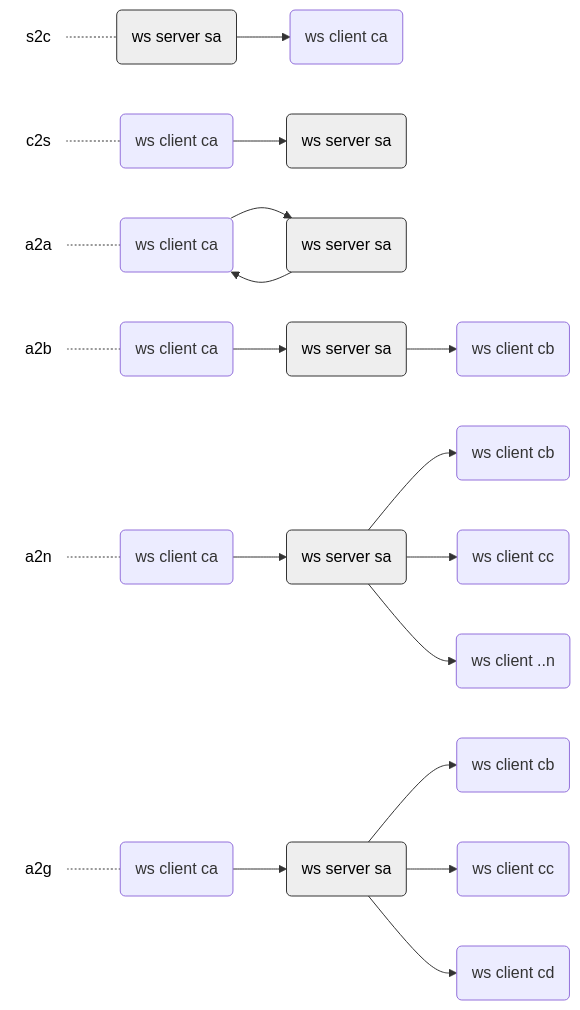
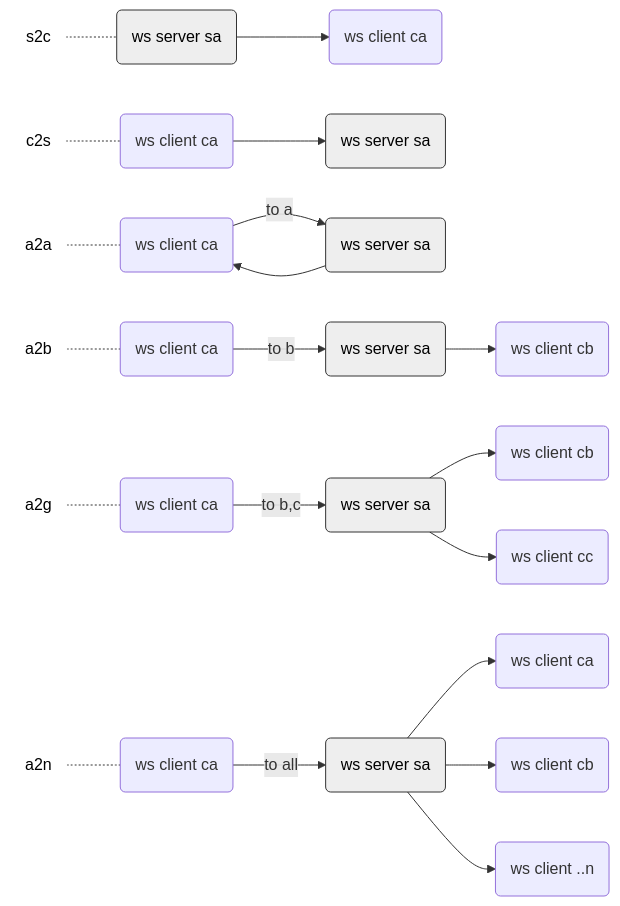
The second of 7 diagrams in README.md (toshirot/w2w), drawn with Mermaid before and after one commit. The commit also changed other lines of this file, not shown here.

````diff
--- a/README.md
+++ b/README.md
@@ -119,61 +119,62 @@
 ```mermaid
 flowchart LR
 
     %%single_type1
         text_s2c(s2c):::class_text_min
         single_type1c(ws client ca) 
         single_type1s(ws server sa):::class_server
             text_s2c -.- single_type1s
             single_type1s --> single_type1c 
 
     %%single_type2
         text_c2s(c2s):::class_text_min
         single_type2c(ws client ca) 
         single_type2s(ws server sa):::class_server
             text_c2s -.- single_type2c
             single_type2c --> single_type2s
 
     %%single_type3
         text_a2a(a2a):::class_text_min
         single_type3c(ws client ca) 
         single_type3s(ws server sa):::class_server
             text_a2a -.- single_type3c
-            single_type3c --> single_type3s --> single_type3c
+            single_type3c --> |to a| single_type3s --> single_type3c
 
     %%single_type4
         text_a2b(a2b):::class_text_min
         single_type4c1(ws client ca) 
         single_type4s1(ws server sa):::class_server 
         single_type4c2(ws client cb)
             text_a2b -.- single_type4c1
-            single_type4c1 --> single_type4s1 --> single_type4c2
-
-    %%single_type5
-        text_a2n(a2n):::class_text_min
-        single_type5c1(ws client ca) 
-        single_type5s1(ws server sa):::class_server 
-        single_type5c2(ws client cb) 
-        single_type5c3(ws client cc) 
-        single_type5c4(ws client ..n) 
-            text_a2n -.- single_type5c1
-            single_type5c1 --> single_type5s1 --> single_type5c2
-                        single_type5s1 --> single_type5c3
-                        single_type5s1 --> single_type5c4
-
+            single_type4c1 -->  |to b| single_type4s1 --> single_type4c2
 
     %%single_type6
         text_a2g(a2g):::class_text_min
         single_type6c1(ws client ca) 
         single_type6s1(ws server sa):::class_server 
-        single_type6c2(ws client cb) 
-        single_type6c3(ws client cc) 
-        single_type6c4(ws client cd) 
+        single_type6c3(ws client cb) 
+        single_type6c4(ws client cc) 
             text_a2g -.- single_type6c1
-            single_type6c1 --> single_type6s1 --> single_type6c2
+            single_type6c1 --> |to b,c| single_type6s1 
                         single_type6s1 --> single_type6c3
                         single_type6s1 --> single_type6c4
+                        
+    %%single_type5
+        text_a2n(a2n):::class_text_min
+        single_type5c1(ws client ca) 
+        single_type5s1(ws server sa):::class_server 
+        single_type5c2(ws client ca) 
+        single_type5c3(ws client cb) 
+        single_type5c4(ws client ..n) 
+            text_a2n -.- single_type5c1
+            single_type5c1 --> |to all| single_type5s1 -->single_type5c2
+                        single_type5s1 --> single_type5c3
+                        single_type5s1 --> single_type5c4
+
+
+
 
 classDef class_server fill:#eee,color:#000,stroke:#333
 classDef class_text fill:#fff,color:#000,stroke:#fff,margin:0
 classDef class_text_min fill:#fff,color:#000,stroke:#fff,margin:0
 ```
````
